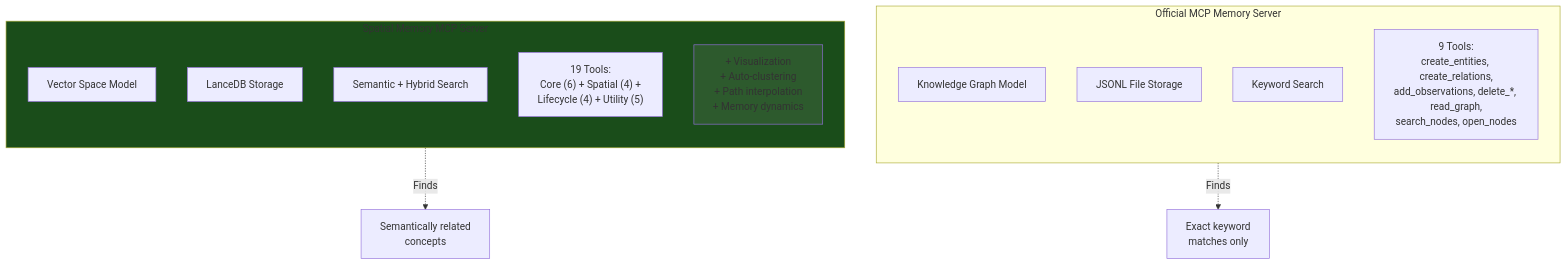
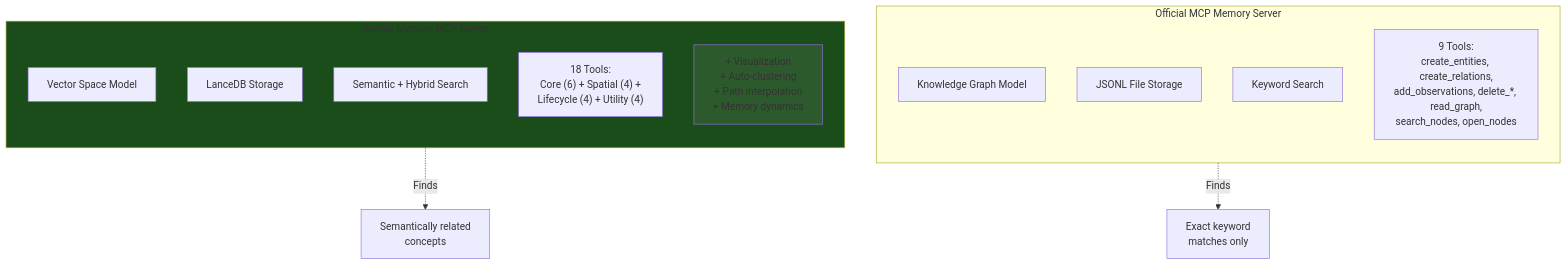
One commit to arman-tech/spatial-memory-mcp changed diagram 12 of 14 in SPATIAL-MEMORY-ARCHITECTURE-DIAGRAMS.md. Above: the diagram before and after it, drawn with Mermaid. The commit also changed other lines of this file and 8 other files, not shown here.

````diff
--- a/SPATIAL-MEMORY-ARCHITECTURE-DIAGRAMS.md
+++ b/SPATIAL-MEMORY-ARCHITECTURE-DIAGRAMS.md
@@ -434,25 +436,25 @@
 ```mermaid
 flowchart TB
     subgraph Official["Official MCP Memory Server"]
         direction TB
         OModel["Knowledge Graph Model"]
         OStore["JSONL File Storage"]
         OSearch["Keyword Search"]
         OTools["9 Tools:<br/>create_entities, create_relations,<br/>add_observations, delete_*, read_graph,<br/>search_nodes, open_nodes"]
     end
     
     subgraph Ours["Spatial Memory MCP Server"]
         direction TB
         SModel["Vector Space Model"]
         SStore["LanceDB Storage"]
         SSearch["Semantic + Hybrid Search"]
-        STools["19 Tools:<br/>Core (6) + Spatial (4) +<br/>Lifecycle (4) + Utility (5)"]
+        STools["18 Tools:<br/>Core (6) + Spatial (4) +<br/>Lifecycle (4) + Utility (4)"]
         SExtra["+ Visualization<br/>+ Auto-clustering<br/>+ Path interpolation<br/>+ Memory dynamics"]
     end
     
     Official -.->|"Finds"| Keyword["Exact keyword<br/>matches only"]
     Ours -.->|"Finds"| Semantic["Semantically related<br/>concepts"]
     
     style Ours fill:#1a4d1a
     style SExtra fill:#2d5a2d
 ```
````
